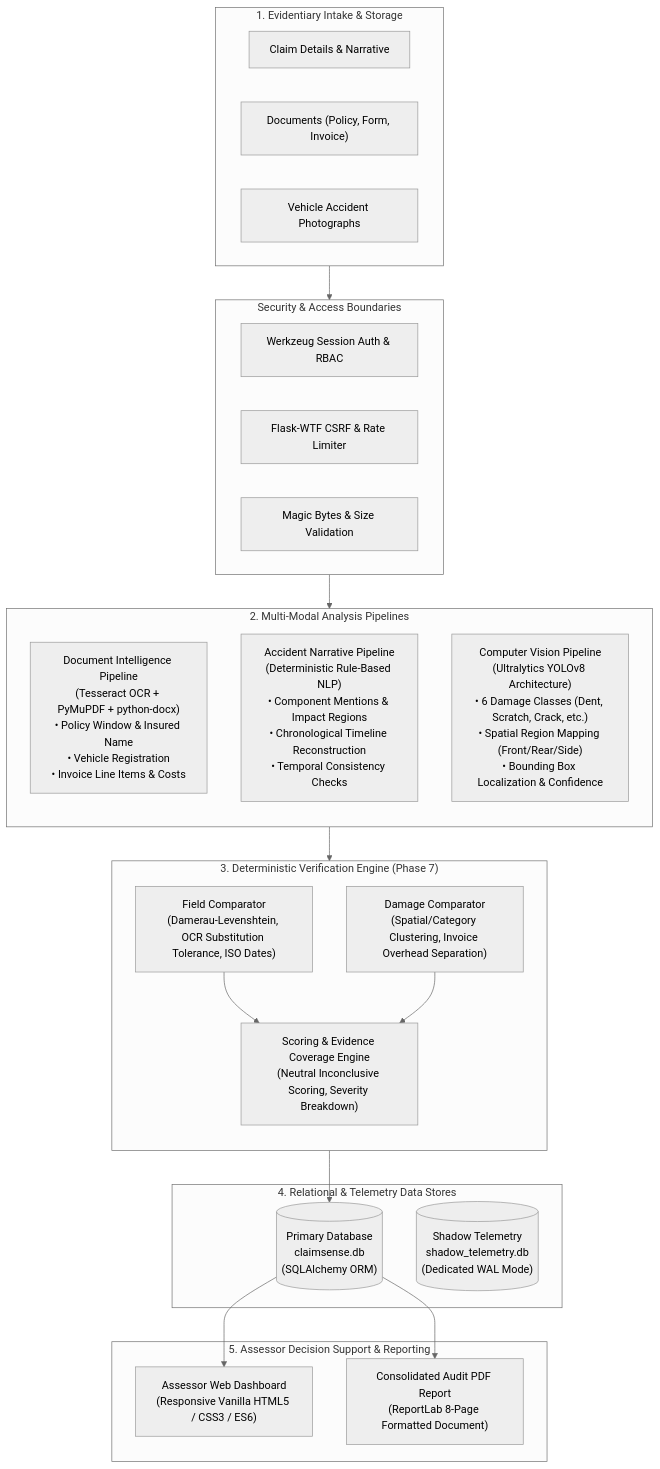
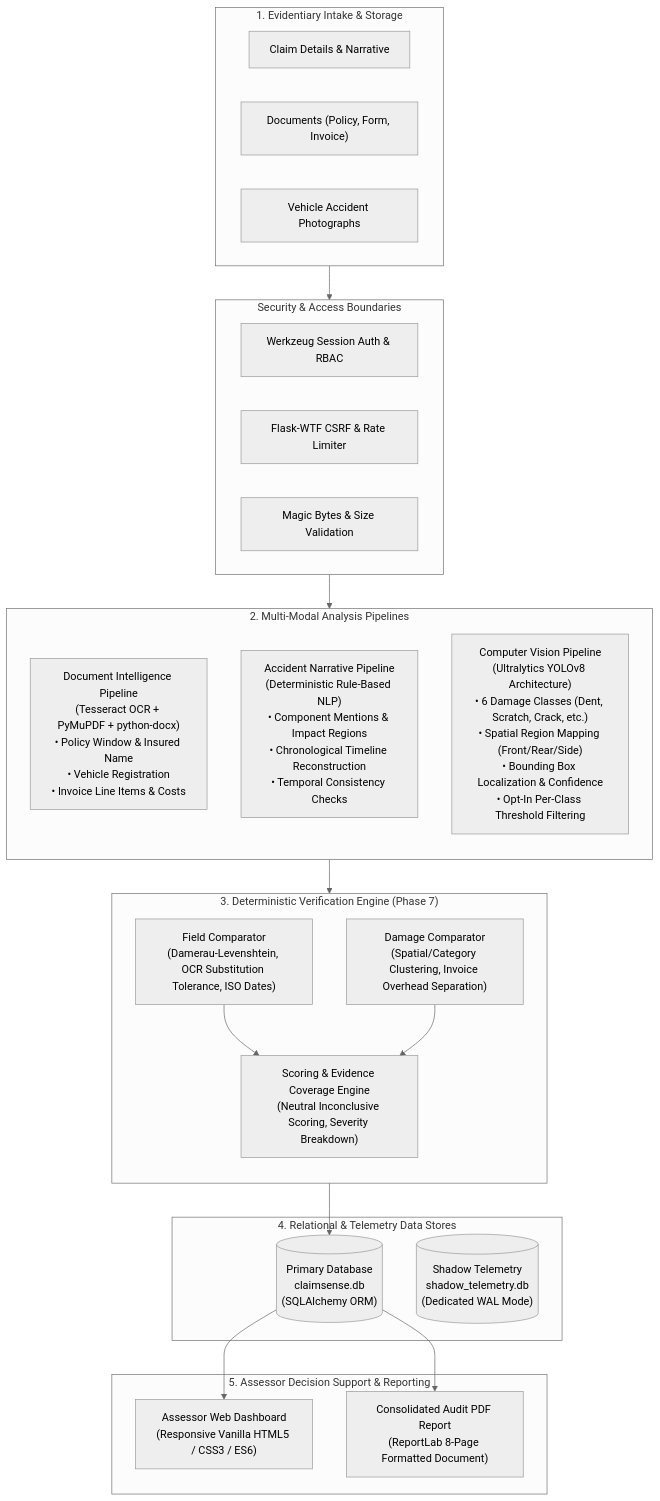
The diagram in README.md (anshg8252/ClaimSense-AI), drawn with Mermaid (neutral theme) before and after one commit. The commit also changed other lines of this file and 59 other files, not shown here.

````diff
--- a/README.md
+++ b/README.md
@@ -55,51 +86,51 @@
 ```mermaid
 flowchart TD
     subgraph Intake["1. Evidentiary Intake & Storage"]
         CF["Claim Details & Narrative"]
         DOCS["Documents (Policy, Form, Invoice)"]
         IMG["Vehicle Accident Photographs"]
     end
 
     subgraph Security["Security & Access Boundaries"]
         AUTH["Werkzeug Session Auth & RBAC"]
         CSRF["Flask-WTF CSRF & Rate Limiter"]
         VAL["Magic Bytes & Size Validation"]
     end
 
     Intake --> Security
 
     subgraph Pipelines["2. Multi-Modal Analysis Pipelines"]
         direction TB
         OCR["Document Intelligence Pipeline\n(Tesseract OCR + PyMuPDF + python-docx)\n• Policy Window & Insured Name\n• Vehicle Registration\n• Invoice Line Items & Costs"]
         NLP["Accident Narrative Pipeline\n(Deterministic Rule-Based NLP)\n• Component Mentions & Impact Regions\n• Chronological Timeline Reconstruction\n• Temporal Consistency Checks"]
-        CV["Computer Vision Pipeline\n(Ultralytics YOLOv8 Architecture)\n• 6 Damage Classes (Dent, Scratch, Crack, etc.)\n• Spatial Region Mapping (Front/Rear/Side)\n• Bounding Box Localization & Confidence"]
+        CV["Computer Vision Pipeline\n(Ultralytics YOLOv8 Architecture)\n• 6 Damage Classes (Dent, Scratch, Crack, etc.)\n• Spatial Region Mapping (Front/Rear/Side)\n• Bounding Box Localization & Confidence\n• Opt-In Per-Class Threshold Filtering"]
     end
 
     Security --> Pipelines
 
     subgraph Verification["3. Deterministic Verification Engine (Phase 7)"]
         direction TB
         FC["Field Comparator\n(Damerau-Levenshtein, OCR Substitution Tolerance, ISO Dates)"]
         DC["Damage Comparator\n(Spatial/Category Clustering, Invoice Overhead Separation)"]
         SC["Scoring & Evidence Coverage Engine\n(Neutral Inconclusive Scoring, Severity Breakdown)"]
         FC --> SC
         DC --> SC
     end
 
     Pipelines --> Verification
 
     subgraph Persistence["4. Relational & Telemetry Data Stores"]
         PROD_DB[("Primary Database\nclaimsense.db\n(SQLAlchemy ORM)")]
         SHADOW_DB[("Shadow Telemetry\nshadow_telemetry.db\n(Dedicated WAL Mode)")]
     end
 
     Verification --> PROD_DB
 
     subgraph Presentation["5. Assessor Decision Support & Reporting"]
         UI["Assessor Web Dashboard\n(Responsive Vanilla HTML5 / CSS3 / ES6)"]
         PDF["Consolidated Audit PDF Report\n(ReportLab 8-Page Formatted Document)"]
     end
 
     PROD_DB --> UI
     PROD_DB --> PDF
 ```
````
